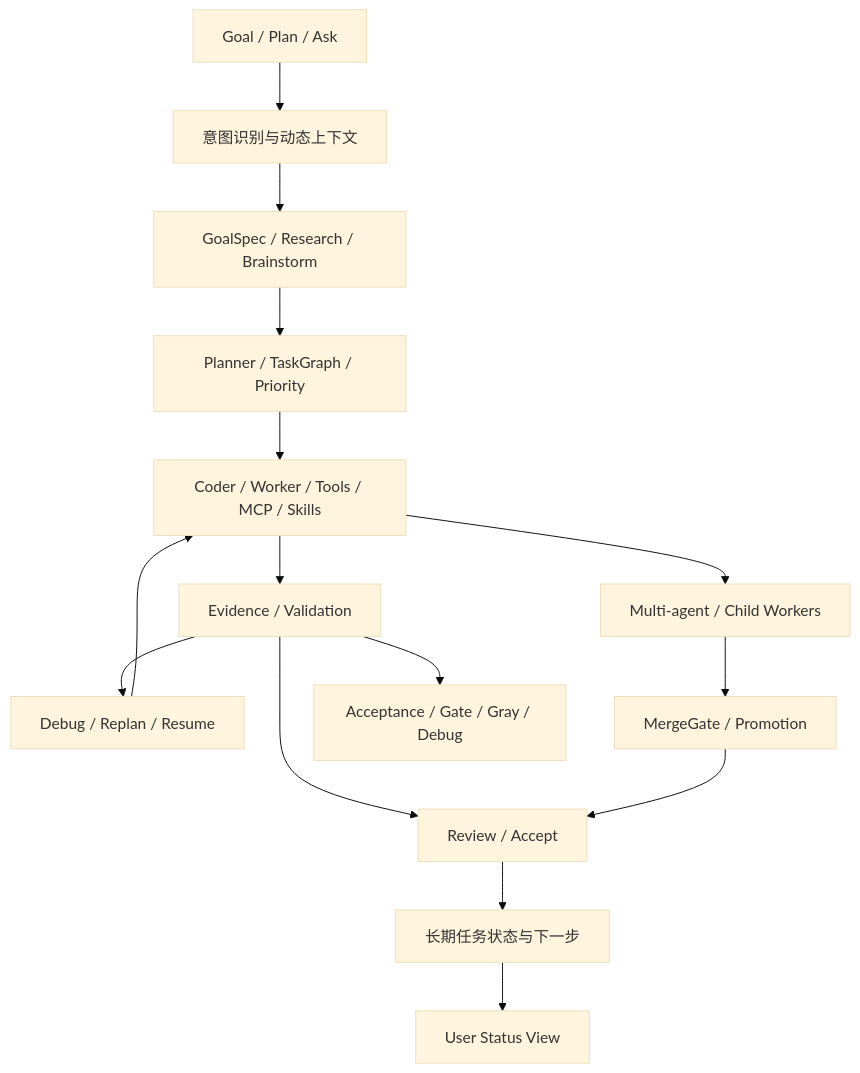
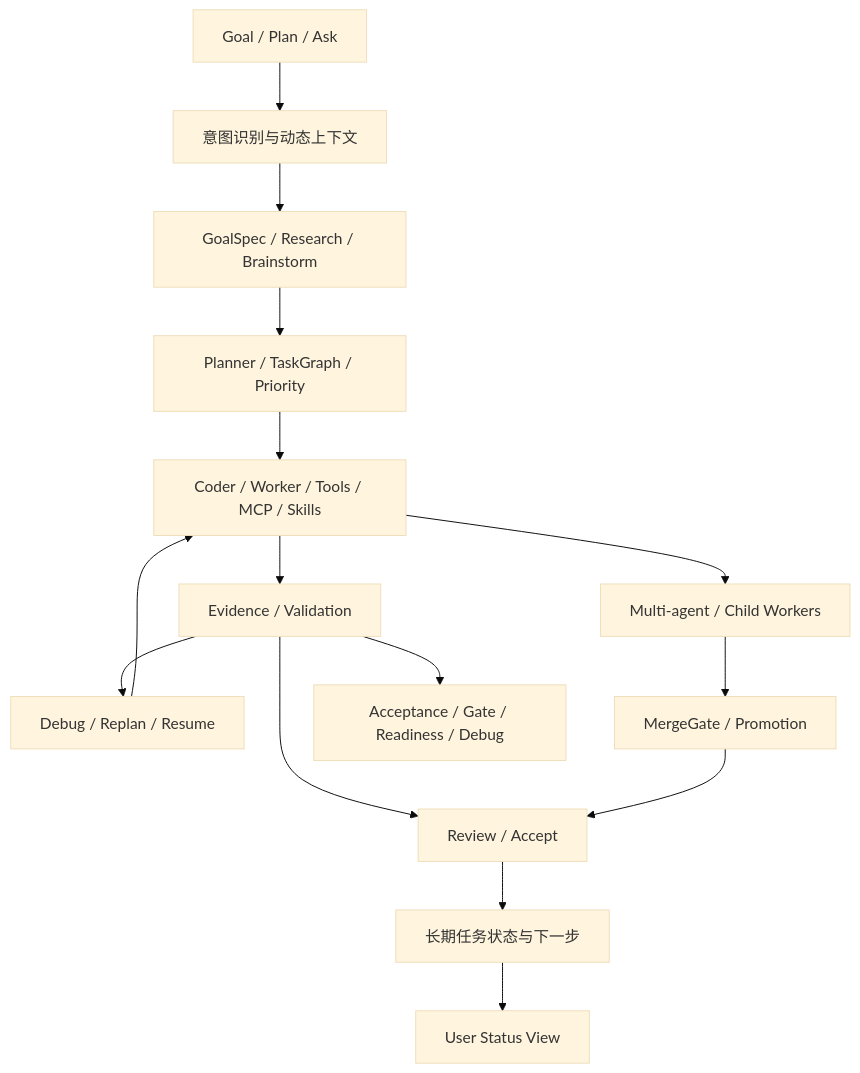
One commit to z243802480/mult_agent_code changed the second of 4 diagrams in docs/zh/大模型循环与动态上下文设计.md. Above: the diagram before and after it, drawn with Mermaid (base theme). The commit also changed other lines of this file and 69 other files, not shown here.

````diff
--- a/docs/zh/大模型循环与动态上下文设计.md
+++ b/docs/zh/大模型循环与动态上下文设计.md
@@ -149,19 +149,19 @@
 ```mermaid
 flowchart TD
     UI["Goal / Plan / Ask"] --> Intent["意图识别与动态上下文"]
     Intent --> Spec["GoalSpec / Research / Brainstorm"]
     Spec --> Plan["Planner / TaskGraph / Priority"]
     Plan --> Exec["Coder / Worker / Tools / MCP / Skills"]
     Exec --> Evidence["Evidence / Validation"]
     Evidence --> Review["Review / Accept"]
     Evidence --> Repair["Debug / Replan / Resume"]
     Repair --> Exec
     Review --> Memory["长期任务状态与下一步"]
 
     Exec --> Multi["Multi-agent / Child Workers"]
     Multi --> Merge["MergeGate / Promotion"]
     Merge --> Review
 
     Memory --> Status["User Status View"]
-    Evidence --> Ops["Acceptance / Gate / Gray / Debug"]
+    Evidence --> Ops["Acceptance / Gate / Readiness / Debug"]
 ```
````
